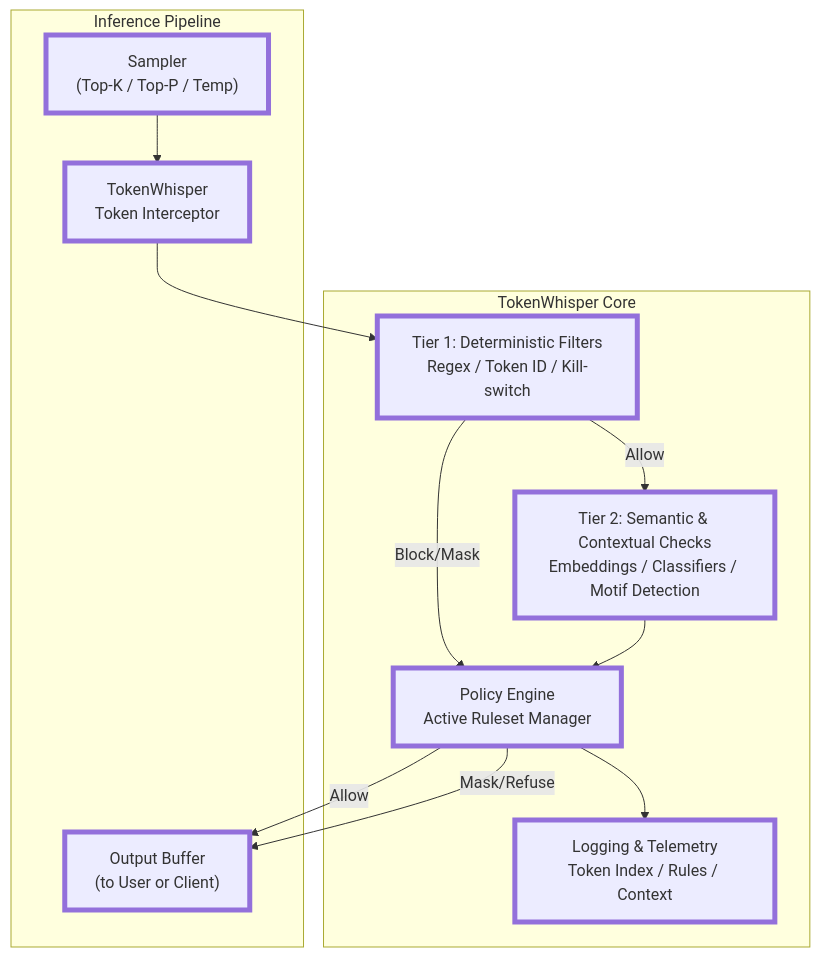
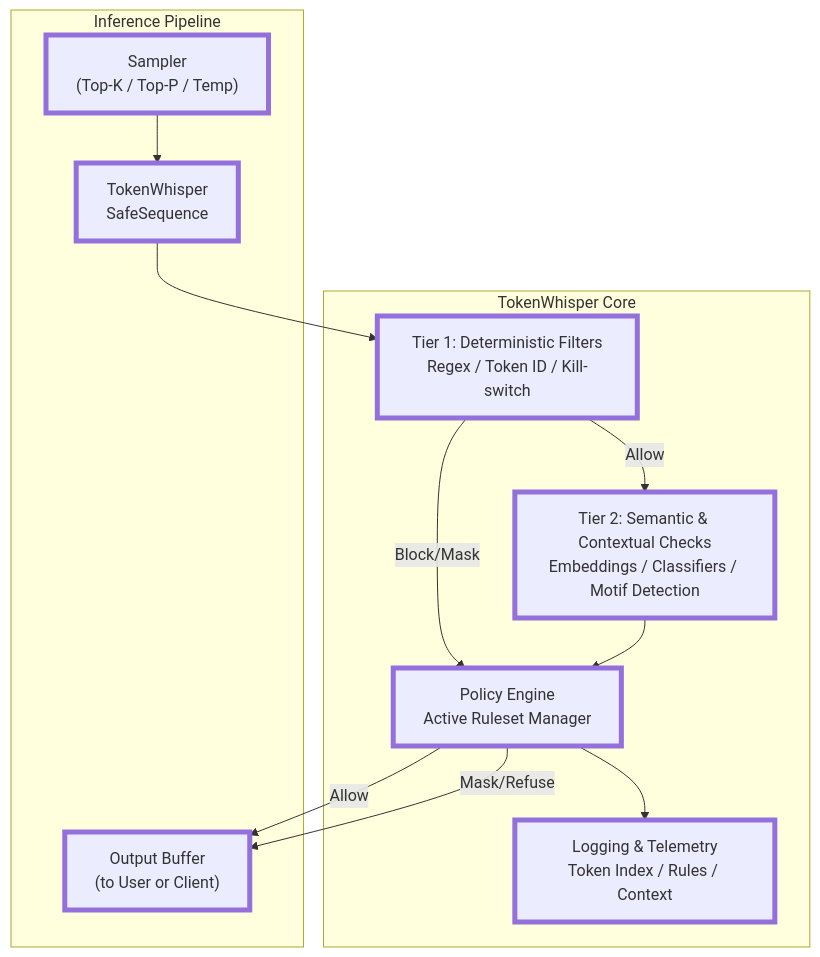
One commit to timthepost/runa changed the diagram in docs/token_whisper.md. Above: the diagram before and after it, drawn with Mermaid. The commit also changed other lines of this file, not shown here.

Commit message:
docs: update token whisper / safe sequence doc

````diff
--- a/docs/token_whisper.md
+++ b/docs/token_whisper.md
@@ -45,32 +46,32 @@
 ```mermaid
 flowchart TD
     subgraph Inference Pipeline
         sampler["Sampler<br/>(Top-K / Top-P / Temp)"]
-        interceptor["TokenWhisper<br/>Token Interceptor"]
+        interceptor["TokenWhisper<br/>SafeSequence"]
         outputBuffer["Output Buffer<br/>(to User or Client)"]
     end
 
     subgraph TokenWhisper Core
         policyEngine["Policy Engine<br/>Active Ruleset Manager"]
         tier1["Tier 1: Deterministic Filters<br/>Regex / Token ID / Kill-switch"]
         tier2["Tier 2: Semantic & Contextual Checks<br/>Embeddings / Classifiers / Motif Detection"]
         logger["Logging & Telemetry<br/>Token Index / Rules / Context"]
     end
 
     %% Flow
     sampler --> interceptor
     interceptor --> tier1
     tier1 -->|Allow| tier2
     tier1 -->|Block/Mask| policyEngine
     tier2 --> policyEngine
     policyEngine --> logger
     policyEngine -->|Allow| outputBuffer
     policyEngine -->|Mask/Refuse| outputBuffer
 
     %% Styling
     classDef core stroke-width:5px;
     classDef pipeline stroke-width:5px;
 
     class sampler,interceptor,outputBuffer pipeline
     class policyEngine,tier1,tier2,logger core
 ```
````
